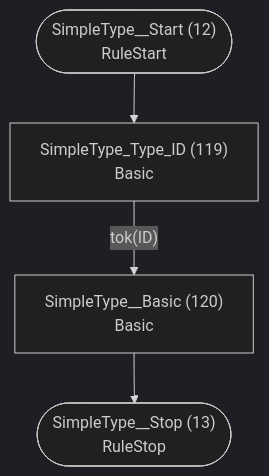
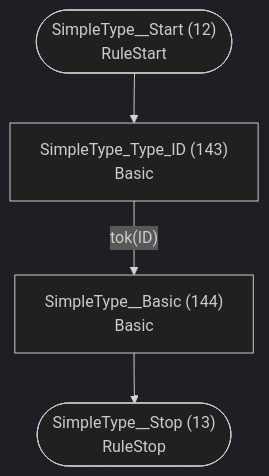
The seventh of 40 diagrams in internal/grammar/atn.md (TypeFox/fastbelt), drawn with Mermaid (dark theme) before and after one commit. The commit also changed other lines of this file and 84 other files, not shown here.

````diff
--- a/internal/grammar/atn.md
+++ b/internal/grammar/atn.md
@@ -200,11 +205,11 @@
 ```mermaid
 flowchart TD
     q12(["SimpleType__Start (12)<br/>RuleStart"])
     q13(["SimpleType__Stop (13)<br/>RuleStop"])
-    q119["SimpleType_Type_ID (119)<br/>Basic<br/>"]
-    q120["SimpleType__Basic (120)<br/>Basic<br/>"]
+    q143["SimpleType_Type_ID (143)<br/>Basic<br/>"]
+    q144["SimpleType__Basic (144)<br/>Basic<br/>"]
 
-    q12 --> q119
-    q119 -->|"tok(ID)"| q120
-    q120 --> q13
+    q12 --> q143
+    q143 -->|"tok(ID)"| q144
+    q144 --> q13
 ```
````
